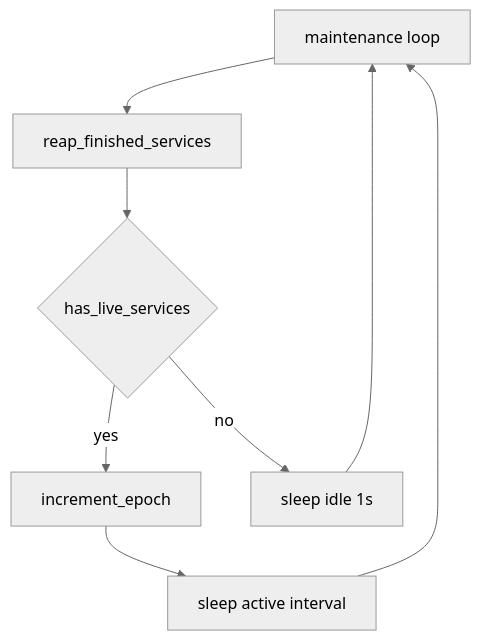
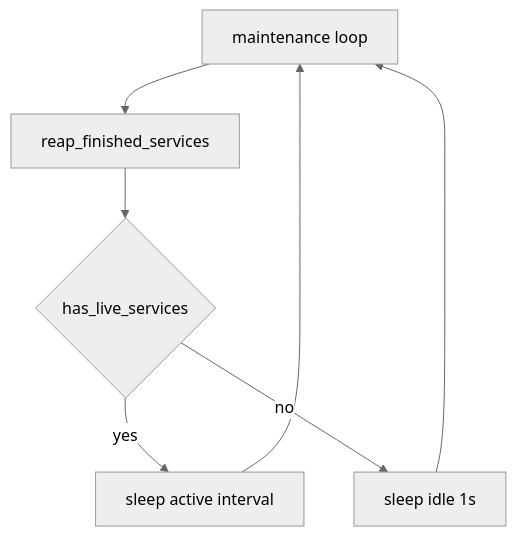
Before and after one commit to yieldspace/imago: the fourth of 4 diagrams in docs/spec/imagod-internals.md, drawn with Mermaid (neutral theme). The commit also changed other lines of this file and 16 other files, not shown here.

````diff
--- a/docs/spec/imagod-internals.md
+++ b/docs/spec/imagod-internals.md
@@ -379,10 +404,9 @@
 ```mermaid
 flowchart TD
   A["maintenance loop"] --> B["reap_finished_services"]
   B --> C{"has_live_services"}
-  C -->|yes| D["increment_epoch"]
-  D --> E["sleep active interval"]
+  C -->|yes| E["sleep active interval"]
   C -->|no| F["sleep idle 1s"]
   E --> A
   F --> A
 ```
````
